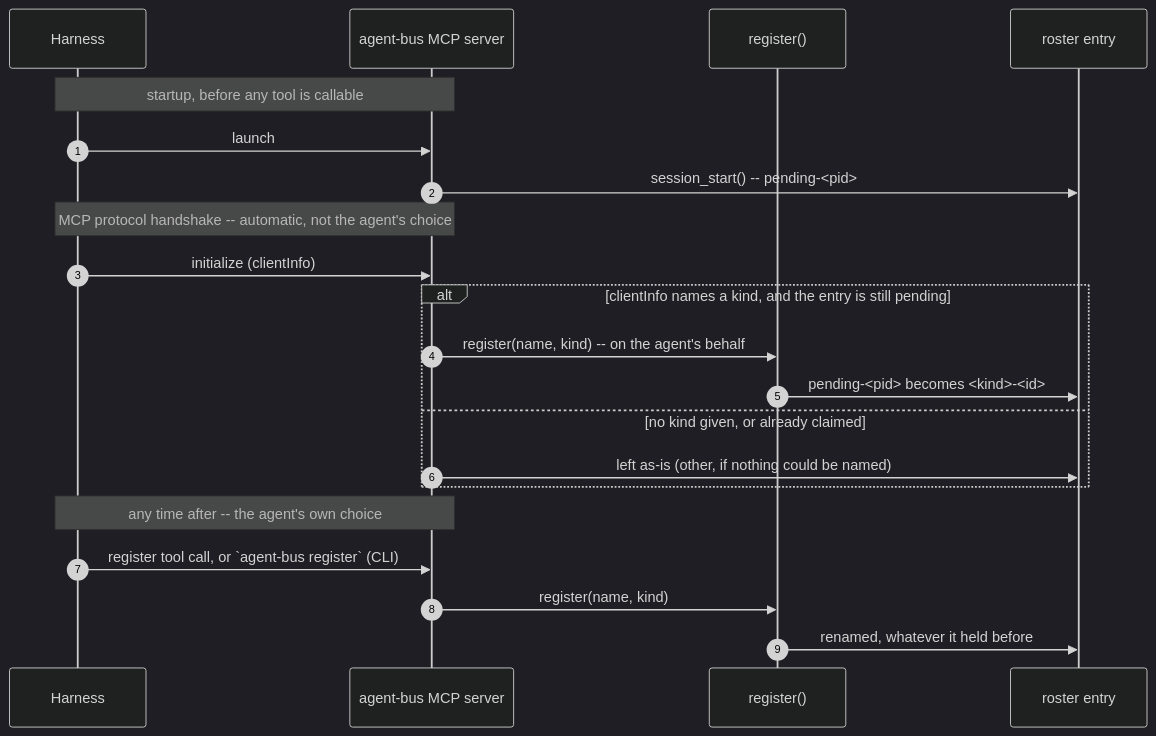
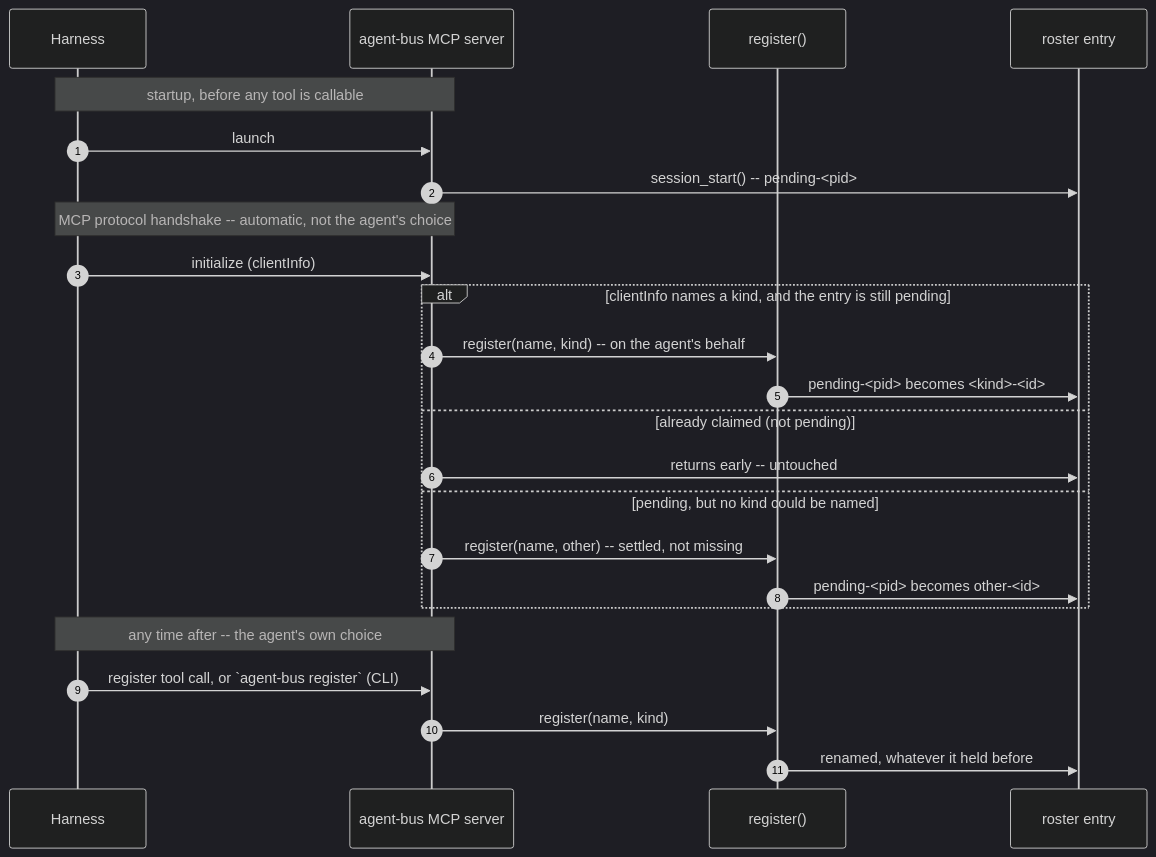
The diagram in docs/identity-and-peering.md (danbarua/agent-bus), drawn with Mermaid (dark theme) before and after one commit. The commit also changed other lines of this file and 6 other files, not shown here.

````diff
--- a/docs/identity-and-peering.md
+++ b/docs/identity-and-peering.md
@@ -120,26 +120,29 @@
 ```mermaid
 sequenceDiagram
     autonumber
     participant H as Harness
     participant MCP as agent-bus MCP server
     participant Reg as register()
     participant Roster as roster entry
 
     Note over H,MCP: startup, before any tool is callable
     H->>MCP: launch
     MCP->>Roster: session_start() -- pending-<pid>
 
     Note over H,MCP: MCP protocol handshake -- automatic, not the agent's choice
     H->>MCP: initialize (clientInfo)
     alt clientInfo names a kind, and the entry is still pending
         MCP->>Reg: register(name, kind) -- on the agent's behalf
         Reg->>Roster: pending-<pid> becomes <kind>-<id>
-    else no kind given, or already claimed
-        MCP->>Roster: left as-is (other, if nothing could be named)
+    else already claimed (not pending)
+        MCP->>Roster: returns early -- untouched
+    else pending, but no kind could be named
+        MCP->>Reg: register(name, other) -- settled, not missing
+        Reg->>Roster: pending-<pid> becomes other-<id>
     end
 
     Note over H,MCP: any time after -- the agent's own choice
     H->>MCP: register tool call, or `agent-bus register` (CLI)
     MCP->>Reg: register(name, kind)
     Reg->>Roster: renamed, whatever it held before
 ```
````
